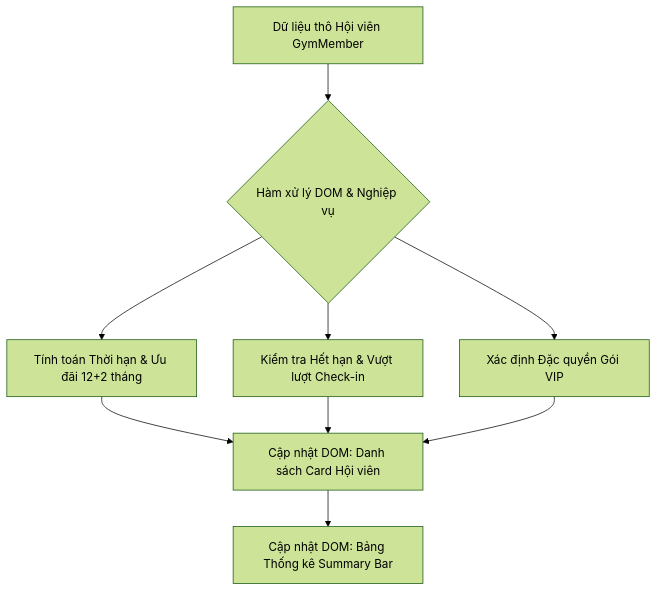
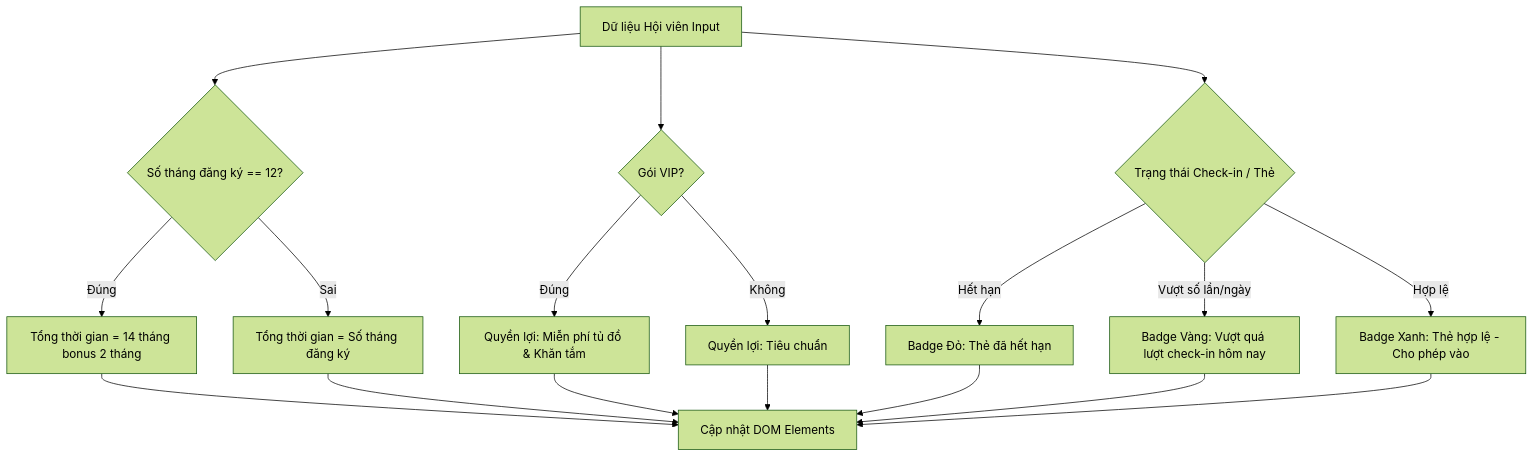
The diagram in output/pms/Phát_triển_ứng_dụng_web/Session 17 - Tương tác DOM API (Document Object Model)- Truy xuất và Thay đổi Nội dung/Bài tập/bai_04/de_bai.md (ngoquy12/learning_material), drawn with Mermaid (forest theme) before and after one commit. The commit also changed other lines of this file and 51 other files, not shown here.

Commit message:
feat(homework): implement 15-exercise Bloom suite, in-class synthesis and mindmap exercises

````diff
--- a/output/pms/Phát_triển_ứng_dụng_web/Session 17 - Tương tác DOM API (Document Object Model)- Truy xuất và Thay đổi Nội dung/Bài tập/bai_04/de_bai.md
+++ b/output/pms/Phát_triển_ứng_dụng_web/Session 17 - Tương tác DOM API (Document Object Model)- Truy xuất và Thay đổi Nội dung/Bài tập/bai_04/de_bai.md
@@ -16,11 +14,23 @@
 ```mermaid
 graph TD
-    A[Dữ liệu thô Hội viên GymMember] --> B{Hàm xử lý DOM & Nghiệp vụ}
-    B --> C[Tính toán Thời hạn & Ưu đãi 12+2 tháng]
-    B --> D[Kiểm tra Hết hạn & Vượt lượt Check-in]
-    B --> E[Xác định Đặc quyền Gói VIP]
-    C --> F[Cập nhật DOM: Danh sách Card Hội viên]
-    D --> F
-    E --> F
-    F --> G[Cập nhật DOM: Bảng Thống kê Summary Bar]
+    A[Dữ liệu Hội viên Input] --> B{Số tháng đăng ký == 12?}
+    B -- Đúng --> C[Tổng thời gian = 14 tháng bonus 2 tháng]
+    B -- Sai --> D[Tổng thời gian = Số tháng đăng ký]
+    
+    A --> E{Gói VIP?}
+    E -- Đúng --> F[Quyền lợi: Miễn phí tủ đồ & Khăn tắm]
+    E -- Không --> G[Quyền lợi: Tiêu chuẩn]
+    
+    A --> H{Trạng thái Check-in / Thẻ}
+    H -- Hết hạn --> I[Badge Đỏ: Thẻ đã hết hạn]
+    H -- Vượt số lần/ngày --> J[Badge Vàng: Vượt quá lượt check-in hôm nay]
+    H -- Hợp lệ --> K[Badge Xanh: Thẻ hợp lệ - Cho phép vào]
+
+    C --> L[Cập nhật DOM Elements]
+    D --> L
+    F --> L
+    G --> L
+    I --> L
+    J --> L
+    K --> L
 ```
````
